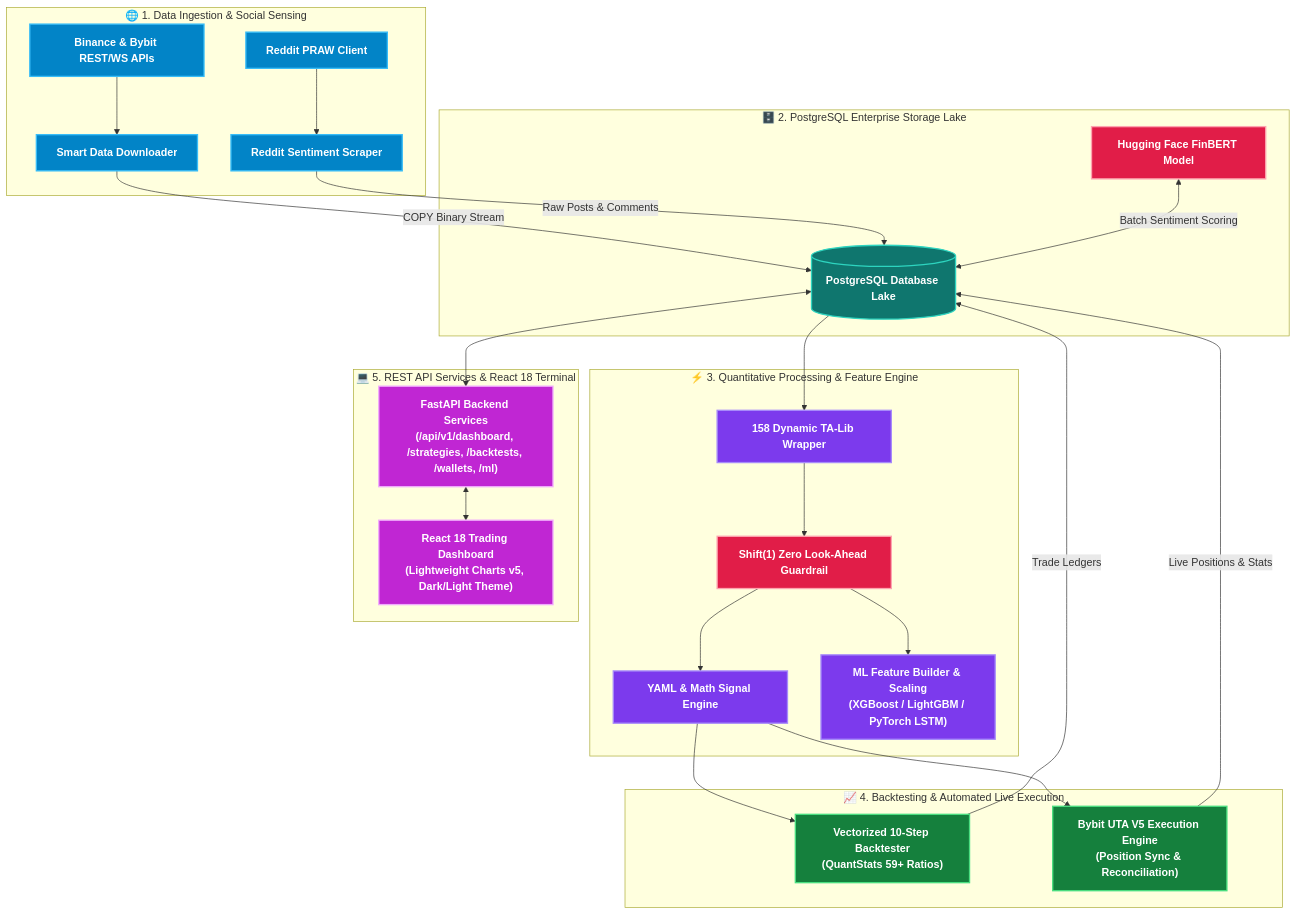
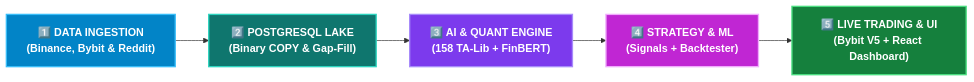
One commit to 21Afnan/cryptosight changed the first of 3 diagrams in README.md. Above: the diagram before and after it, drawn with Mermaid. The commit also changed other lines of this file and 1 other file, not shown here.

````diff
--- a/README.md
+++ b/README.md
@@ -65,46 +71,19 @@
 ```mermaid
-flowchart TB
-    subgraph Layer1["🌐 1. Data Ingestion & Social Sensing"]
-        Exchanges["Binance & Bybit REST/WS APIs"] --> Downloader["Smart Data Downloader"]
-        Reddit["Reddit PRAW Client"] --> Scraper["Reddit Sentiment Scraper"]
-    end
+flowchart LR
+    A["1️⃣ DATA INGESTION\n(Binance, Bybit & Reddit)"] --> B["2️⃣ POSTGRESQL LAKE\n(Binary COPY & Gap-Fill)"]
+    B --> C["3️⃣ AI & QUANT ENGINE\n(158 TA-Lib + FinBERT)"]
+    C --> D["4️⃣ STRATEGY & ML\n(Signals + Backtester)"]
+    D --> E["5️⃣ LIVE TRADING & UI\n(Bybit V5 + React Dashboard)"]
 
-    subgraph Layer2["🗄️ 2. PostgreSQL Enterprise Storage Lake"]
-        Downloader -->|"COPY Binary Stream"| DB[(PostgreSQL Database Lake)]
-        Scraper -->|"Raw Posts & Comments"| DB
-        FinBERT["Hugging Face FinBERT Model"] <-->|"Batch Sentiment Scoring"| DB
-    end
+    classDef step1 fill:#0284c7,stroke:#38bdf8,stroke-width:2px,color:#ffffff,font-weight:bold;
+    classDef step2 fill:#0f766e,stroke:#2dd4bf,stroke-width:2px,color:#ffffff,font-weight:bold;
+    classDef step3 fill:#7c3aed,stroke:#a78bfa,stroke-width:2px,color:#ffffff,font-weight:bold;
+    classDef step4 fill:#c026d3,stroke:#f0abfc,stroke-width:2px,color:#ffffff,font-weight:bold;
+    classDef step5 fill:#15803d,stroke:#4ade80,stroke-width:2px,color:#ffffff,font-weight:bold;
 
-    subgraph Layer3["⚡ 3. Quantitative Processing & Feature Engine"]
-        DB --> TALib["158 Dynamic TA-Lib Wrapper"]
-        TALib --> Guardrail["Shift(1) Zero Look-Ahead Guardrail"]
-        Guardrail --> SignalGen["YAML & Math Signal Engine"]
-        Guardrail --> MLBuilder["ML Feature Builder & Scaling\n(XGBoost / LightGBM / PyTorch LSTM)"]
-    end
-
-    subgraph Layer4["📈 4. Backtesting & Automated Live Execution"]
-        SignalGen --> Backtester["Vectorized 10-Step Backtester\n(QuantStats 59+ Ratios)"]
-        SignalGen --> LiveExec["Bybit UTA V5 Execution Engine\n(Position Sync & Reconciliation)"]
-        Backtester -->|"Trade Ledgers"| DB
-        LiveExec -->|"Live Positions & Stats"| DB
-    end
-
-    subgraph Layer5["💻 5. REST API Services & React 18 Terminal"]
-        DB <--> FastAPI["FastAPI Backend Services\n(/api/v1/dashboard, /strategies, /backtests, /wallets, /ml)"]
-        FastAPI <--> ReactApp["React 18 Trading Dashboard\n(Lightweight Charts v5, Dark/Light Theme)"]
-    end
-
-    classDef dataLayer fill:#0284c7,stroke:#38bdf8,stroke-width:2px,color:#ffffff,font-weight:bold;
-    classDef dbLayer fill:#0f766e,stroke:#2dd4bf,stroke-width:2px,color:#ffffff,font-weight:bold;
-    classDef coreEngine fill:#7c3aed,stroke:#a78bfa,stroke-width:2px,color:#ffffff,font-weight:bold;
-    classDef execLayer fill:#15803d,stroke:#4ade80,stroke-width:2px,color:#ffffff,font-weight:bold;
-    classDef terminalLayer fill:#c026d3,stroke:#f0abfc,stroke-width:2px,color:#ffffff,font-weight:bold;
-    classDef highlight fill:#e11d48,stroke:#fda4af,stroke-width:2px,color:#ffffff,font-weight:bold;
-
-    class Exchanges,Downloader,Reddit,Scraper dataLayer;
-    class DB dbLayer;
-    class FinBERT,Guardrail highlight;
-    class TALib,SignalGen,MLBuilder coreEngine;
-    class Backtester,LiveExec execLayer;
-    class FastAPI,ReactApp terminalLayer;
+    class A step1;
+    class B step2;
+    class C step3;
+    class D step4;
+    class E step5;
 ```
````
